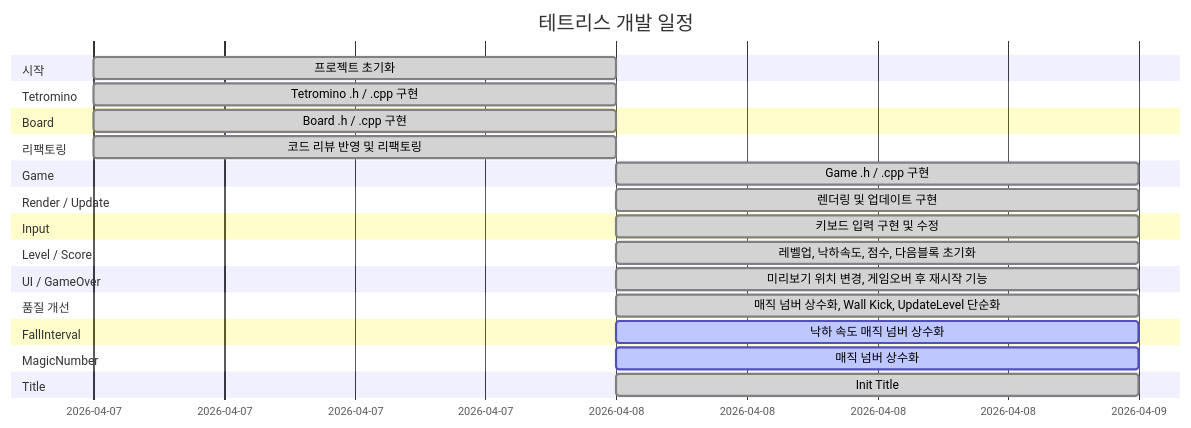
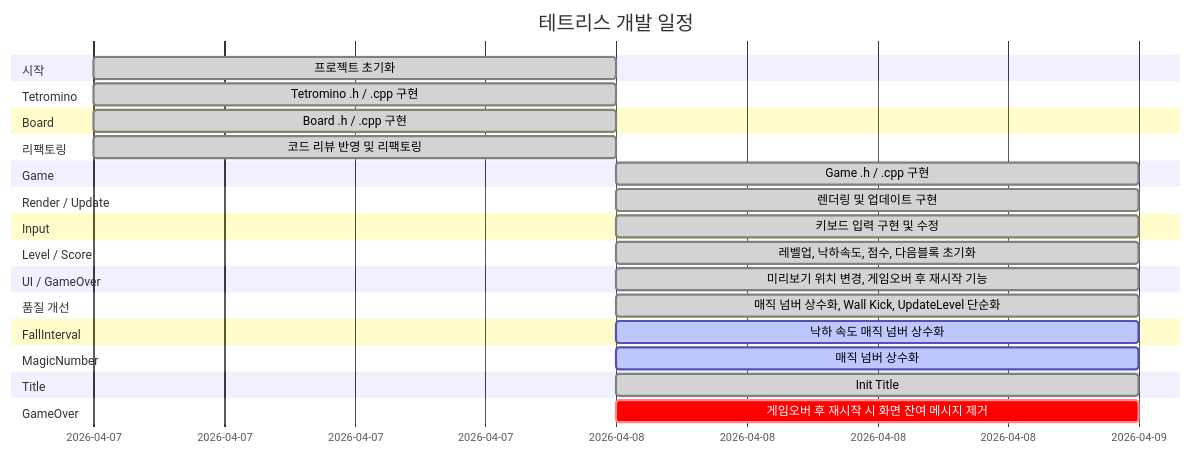
The diagram in README.md (Chance031/Tetris-cpp), drawn with Mermaid before and after one commit. The commit also changed other lines of this file, not shown here.

Commit message:
docs: README 자동 업데이트 [skip ci]

````diff
--- a/README.md
+++ b/README.md
@@ -27,31 +27,33 @@
 ```mermaid
 gantt
     title 테트리스 개발 일정
     dateFormat YYYY-MM-DD
     section 시작
         프로젝트 초기화 :done, init, 2026-04-07, 1d
     section Tetromino
         Tetromino .h / .cpp 구현 :done, t16803, 2026-04-07, 1d
     section Board
         Board .h / .cpp 구현 :done, t84048, 2026-04-07, 1d
     section 리팩토링
         코드 리뷰 반영 및 리팩토링 :done, refactor, 2026-04-07, 1d
     section Game
         Game .h / .cpp 구현 :done, t91896, 2026-04-08, 1d
     section Render / Update
         렌더링 및 업데이트 구현 :done, t47867, 2026-04-08, 1d
     section Input
         키보드 입력 구현 및 수정 :done, t8258, 2026-04-08, 1d
     section Level / Score
         레벨업, 낙하속도, 점수, 다음블록 초기화 :done, t44367, 2026-04-08, 1d
     section UI / GameOver
         미리보기 위치 변경, 게임오버 후 재시작 기능 :done, t55123, 2026-04-08, 1d
     section 품질 개선
         매직 넘버 상수화, Wall Kick, UpdateLevel 단순화 :done, t66234, 2026-04-08, 1d
     section FallInterval
         낙하 속도 매직 넘버 상수화 :active, t66782, 2026-04-08, 1d
     section MagicNumber
         매직 넘버 상수화 :active, t23180, 2026-04-08, 1d
     section Title
         Init Title :done, t45140, 2026-04-08, 1d
+    section GameOver
+        게임오버 후 재시작 시 화면 잔여 메시지 제거 :crit, t96693, 2026-04-08, 1d
 ```
````
